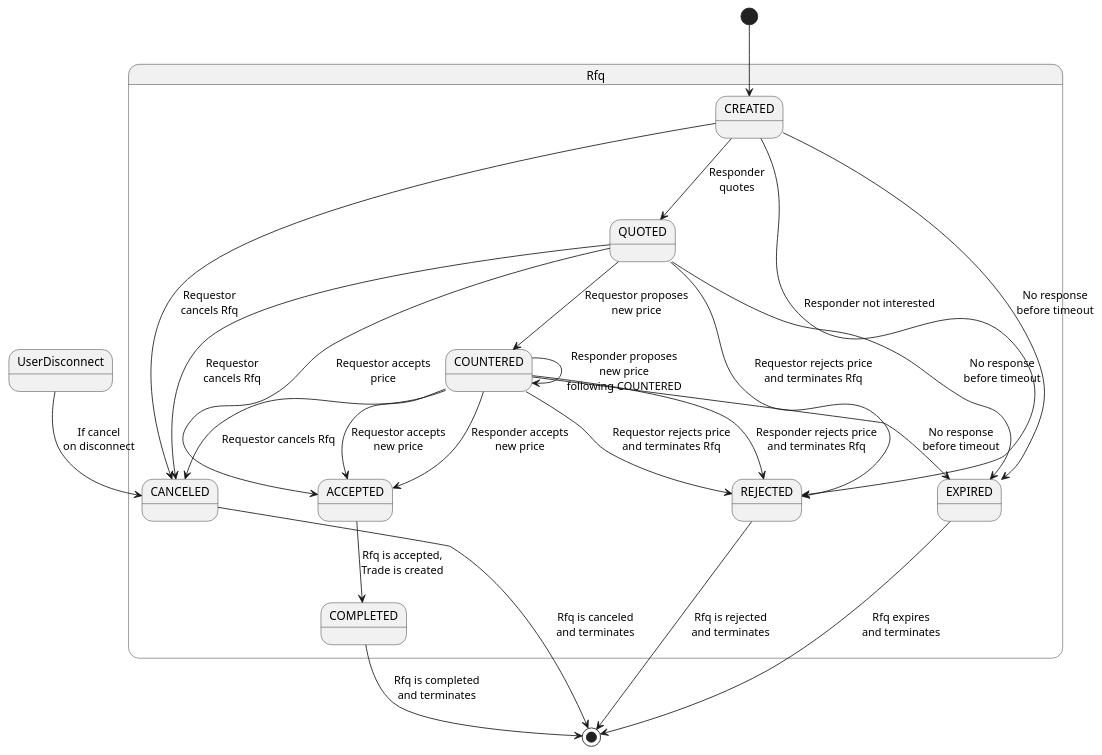
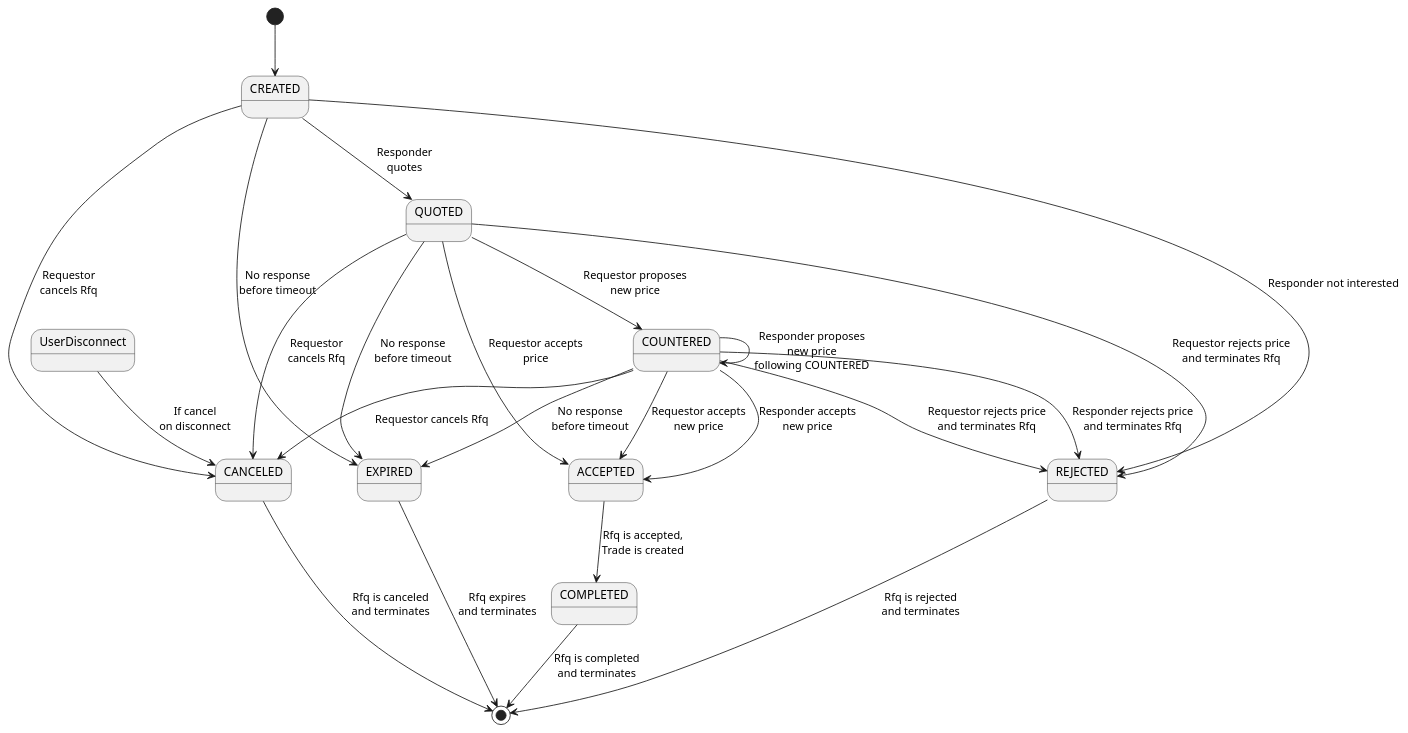
One commit to real-logic/aeron-cookbook-code changed the diagram in cluster-rfq/src/main/java/com/aeroncookbook/cluster/rfq/statemachine/states/rfq-states.puml. Above: the diagram before and after it, drawn with PlantUML. The commit also changed 29 other files, not shown here.

```diff
--- a/cluster-rfq/src/main/java/com/aeroncookbook/cluster/rfq/statemachine/states/rfq-states.puml
+++ b/cluster-rfq/src/main/java/com/aeroncookbook/cluster/rfq/statemachine/states/rfq-states.puml
@@ -1,32 +1,32 @@
 @startuml
-[*] --> Rfq.CREATED
+[*] --> CREATED
 
-Rfq.CREATED -> Rfq.REJECTED : Responder not interested
-Rfq.CREATED --> Rfq.QUOTED : Responder\nquotes
-Rfq.CREATED --> Rfq.EXPIRED : No response\nbefore timeout
+CREATED -> REJECTED : Responder not interested
+CREATED --> QUOTED : Responder\nquotes
+CREATED --> EXPIRED : No response\nbefore timeout
 
-Rfq.QUOTED --> Rfq.COUNTERED : Requestor proposes\nnew price
-Rfq.QUOTED --> Rfq.ACCEPTED : Requestor accepts\nprice
-Rfq.QUOTED --> Rfq.REJECTED : Requestor rejects price\nand terminates Rfq
-Rfq.QUOTED --> Rfq.EXPIRED : No response\nbefore timeout
+QUOTED --> COUNTERED : Requestor proposes\nnew price
+QUOTED --> ACCEPTED : Requestor accepts\nprice
+QUOTED --> REJECTED : Requestor rejects price\nand terminates Rfq
+QUOTED --> EXPIRED : No response\nbefore timeout
 
-Rfq.CREATED --> Rfq.CANCELED : Requestor\ncancels Rfq
-Rfq.QUOTED --> Rfq.CANCELED : Requestor\ncancels Rfq
-Rfq.COUNTERED --> Rfq.EXPIRED :  No response\nbefore timeout
-Rfq.COUNTERED --> Rfq.CANCELED :  Requestor cancels Rfq
-Rfq.COUNTERED --> Rfq.COUNTERED : Responder proposes\nnew price\nfollowing COUNTERED
-Rfq.COUNTERED --> Rfq.ACCEPTED : Requestor accepts\nnew price
-Rfq.COUNTERED --> Rfq.ACCEPTED : Responder accepts\nnew price
-Rfq.COUNTERED --> Rfq.REJECTED : Requestor rejects price\nand terminates Rfq
-Rfq.COUNTERED --> Rfq.REJECTED : Responder rejects price\nand terminates Rfq
+CREATED --> CANCELED : Requestor\ncancels Rfq
+QUOTED --> CANCELED : Requestor\ncancels Rfq
+COUNTERED --> EXPIRED :  No response\nbefore timeout
+COUNTERED --> CANCELED :  Requestor cancels Rfq
+COUNTERED --> COUNTERED : Responder proposes\nnew price\nfollowing COUNTERED
+COUNTERED --> ACCEPTED : Requestor accepts\nnew price
+COUNTERED --> ACCEPTED : Responder accepts\nnew price
+COUNTERED --> REJECTED : Requestor rejects price\nand terminates Rfq
+COUNTERED --> REJECTED : Responder rejects price\nand terminates Rfq
 
-Rfq.ACCEPTED --> Rfq.COMPLETED : Rfq is accepted,\nTrade is created
+ACCEPTED --> COMPLETED : Rfq is accepted,\nTrade is created
 
-Rfq.REJECTED --> [*] : Rfq is rejected\nand terminates
-Rfq.COMPLETED --> [*] : Rfq is completed\nand terminates
-Rfq.CANCELED --> [*] : Rfq is canceled\nand terminates
-Rfq.EXPIRED --> [*] : Rfq expires\nand terminates
+REJECTED --> [*] : Rfq is rejected\nand terminates
+COMPLETED --> [*] : Rfq is completed\nand terminates
+CANCELED --> [*] : Rfq is canceled\nand terminates
+EXPIRED --> [*] : Rfq expires\nand terminates
 
-UserDisconnect -down-> Rfq.CANCELED : If cancel\non disconnect
+UserDisconnect -down-> CANCELED : If cancel\non disconnect
 
 @enduml
```
